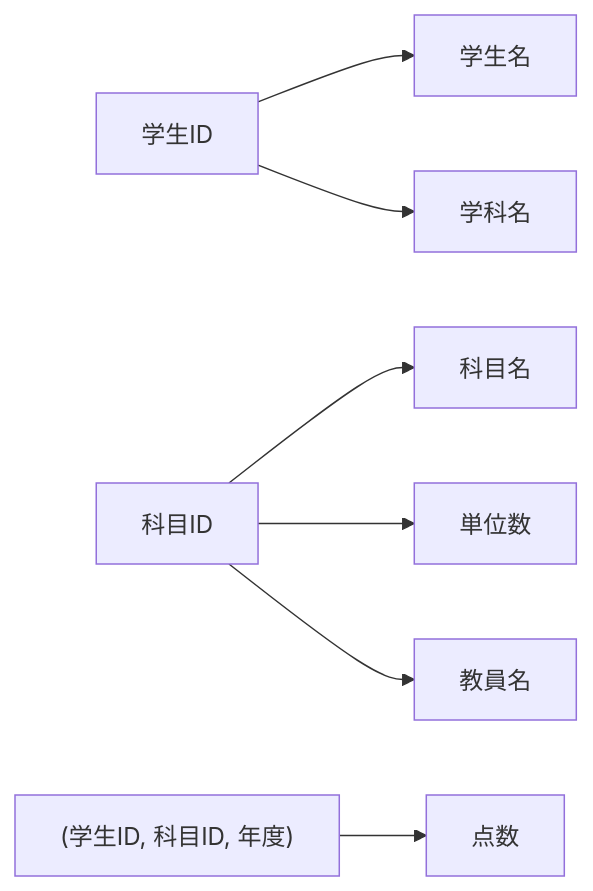
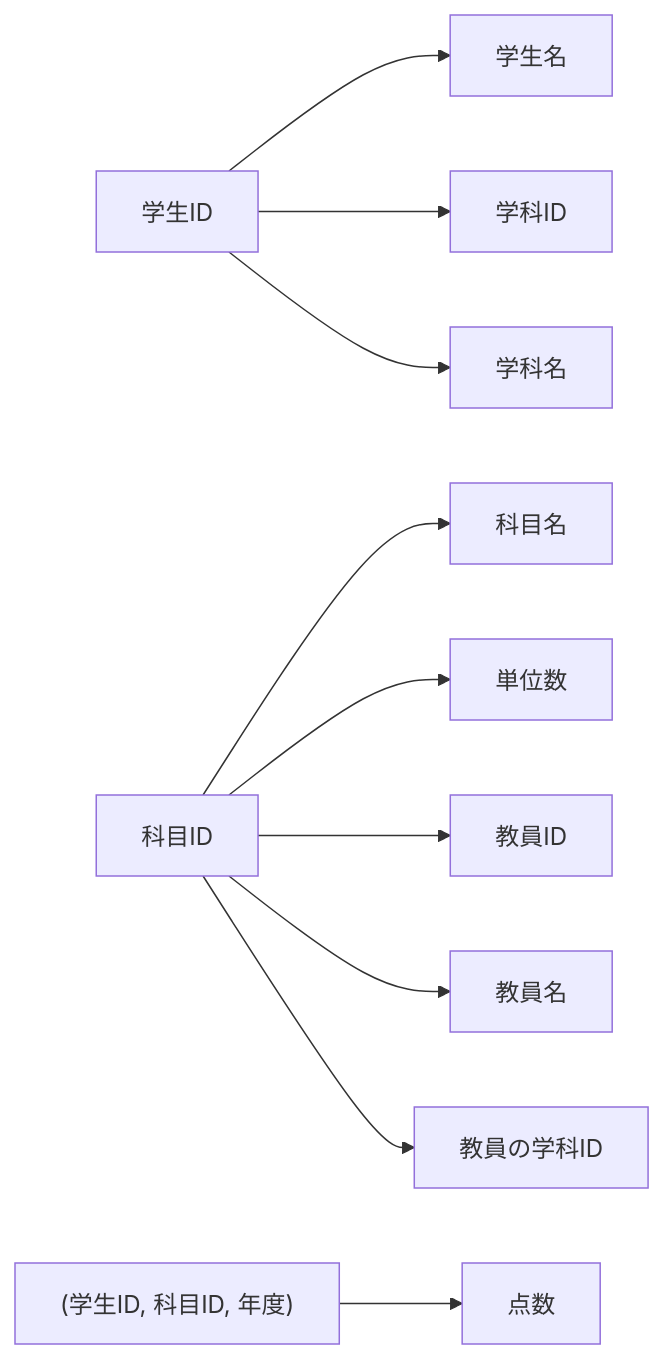
Before and after one commit to YTS0418/PRMN_SYSTEM_Lecture: the second of 6 diagrams in データベース/05_正規化.md, drawn with Mermaid. The commit also changed other lines of this file, not shown here.

````diff
--- a/データベース/05_正規化.md
+++ b/データベース/05_正規化.md
@@ -132,9 +157,12 @@
 ```mermaid
 flowchart LR
     s["学生ID"] --> sn["学生名"]
+    s --> sdi["学科ID"]
     s --> sd["学科名"]
     c["科目ID"] --> cn["科目名"]
     c --> cc["単位数"]
+    c --> cti["教員ID"]
     c --> ct["教員名"]
+    c --> ctd["教員の学科ID"]
     k["(学生ID, 科目ID, 年度)"] --> sc["点数"]
 ```
````
